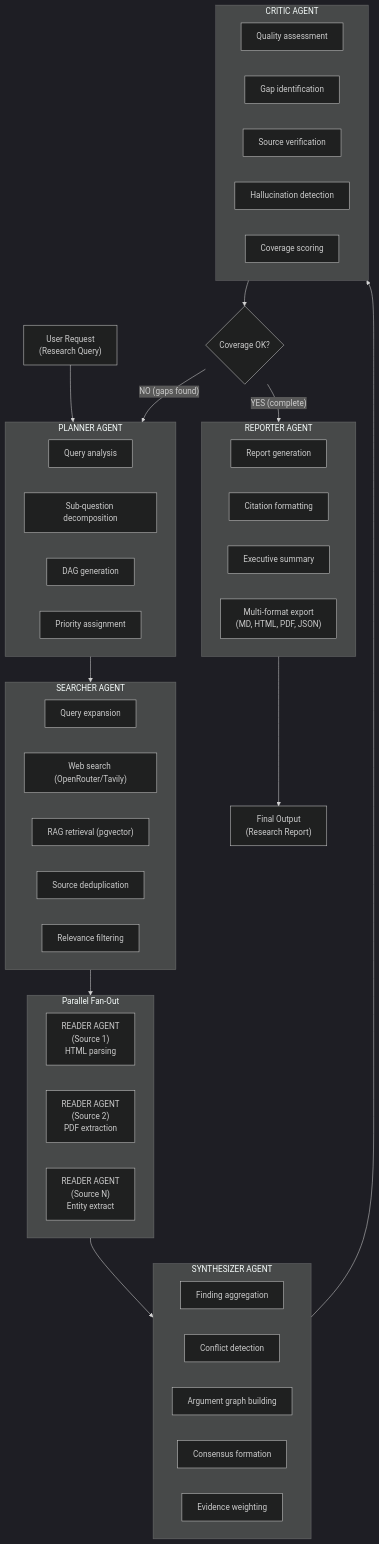
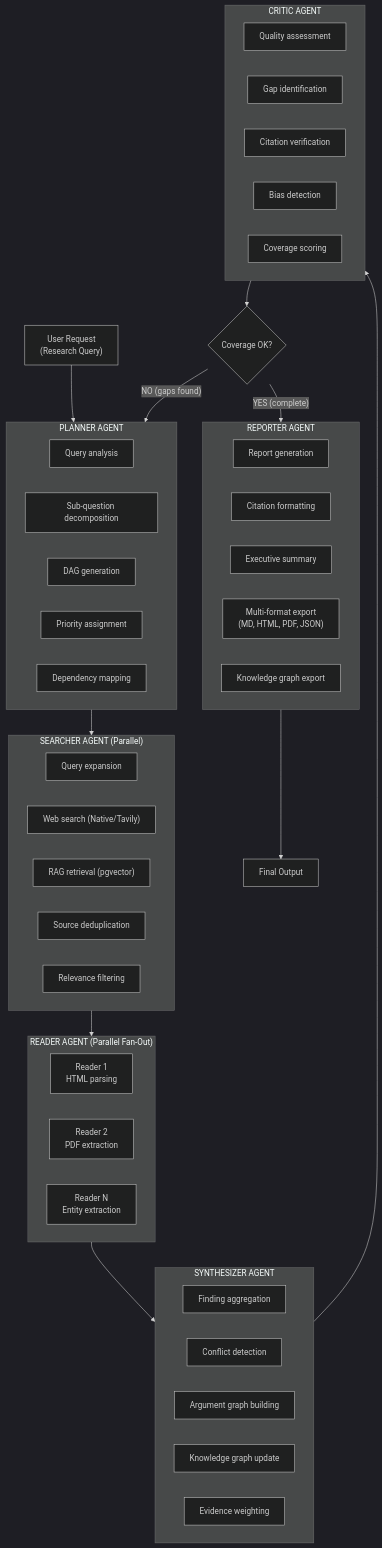
The second of 29 diagrams in docs/ARCHITECTURE.md (satyamaix/DeepResearchX), drawn with Mermaid (dark theme) before and after one commit. The commit also changed other lines of this file and 2 other files, not shown here.

````diff
--- a/docs/ARCHITECTURE.md
+++ b/docs/ARCHITECTURE.md
@@ -102,64 +139,66 @@
 ```mermaid
 flowchart TB
     UserQuery["User Request<br/>(Research Query)"]
 
     subgraph PlannerBox["PLANNER AGENT"]
         P1["Query analysis"]
         P2["Sub-question decomposition"]
         P3["DAG generation"]
         P4["Priority assignment"]
+        P5["Dependency mapping"]
     end
 
-    subgraph SearcherBox["SEARCHER AGENT"]
+    subgraph SearcherBox["SEARCHER AGENT (Parallel)"]
         S1["Query expansion"]
-        S2["Web search (OpenRouter/Tavily)"]
+        S2["Web search (Native/Tavily)"]
         S3["RAG retrieval (pgvector)"]
         S4["Source deduplication"]
         S5["Relevance filtering"]
     end
 
-    subgraph ReaderFanOut["Parallel Fan-Out"]
-        Reader1["READER AGENT<br/>(Source 1)<br/>HTML parsing"]
-        Reader2["READER AGENT<br/>(Source 2)<br/>PDF extraction"]
-        ReaderN["READER AGENT<br/>(Source N)<br/>Entity extract"]
+    subgraph ReaderFanOut["READER AGENT (Parallel Fan-Out)"]
+        Reader1["Reader 1<br/>HTML parsing"]
+        Reader2["Reader 2<br/>PDF extraction"]
+        ReaderN["Reader N<br/>Entity extraction"]
     end
 
     subgraph SynthesizerBox["SYNTHESIZER AGENT"]
         SY1["Finding aggregation"]
         SY2["Conflict detection"]
         SY3["Argument graph building"]
-        SY4["Consensus formation"]
+        SY4["Knowledge graph update"]
         SY5["Evidence weighting"]
     end
 
     subgraph CriticBox["CRITIC AGENT"]
         C1["Quality assessment"]
         C2["Gap identification"]
-        C3["Source verification"]
-        C4["Hallucination detection"]
+        C3["Citation verification"]
+        C4["Bias detection"]
         C5["Coverage scoring"]
     end
 
     CoverageCheck{"Coverage OK?"}
 
     subgraph ReporterBox["REPORTER AGENT"]
         R1["Report generation"]
         R2["Citation formatting"]
         R3["Executive summary"]
         R4["Multi-format export<br/>(MD, HTML, PDF, JSON)"]
+        R5["Knowledge graph export"]
     end
 
-    FinalOutput["Final Output<br/>(Research Report)"]
+    FinalOutput["Final Output"]
 
     UserQuery --> PlannerBox
     PlannerBox --> SearcherBox
     SearcherBox --> ReaderFanOut
     ReaderFanOut --> SynthesizerBox
     SynthesizerBox --> CriticBox
     CriticBox --> CoverageCheck
 
     CoverageCheck -->|"YES (complete)"| ReporterBox
     CoverageCheck -->|"NO (gaps found)"| PlannerBox
 
     ReporterBox --> FinalOutput
 ```
````
